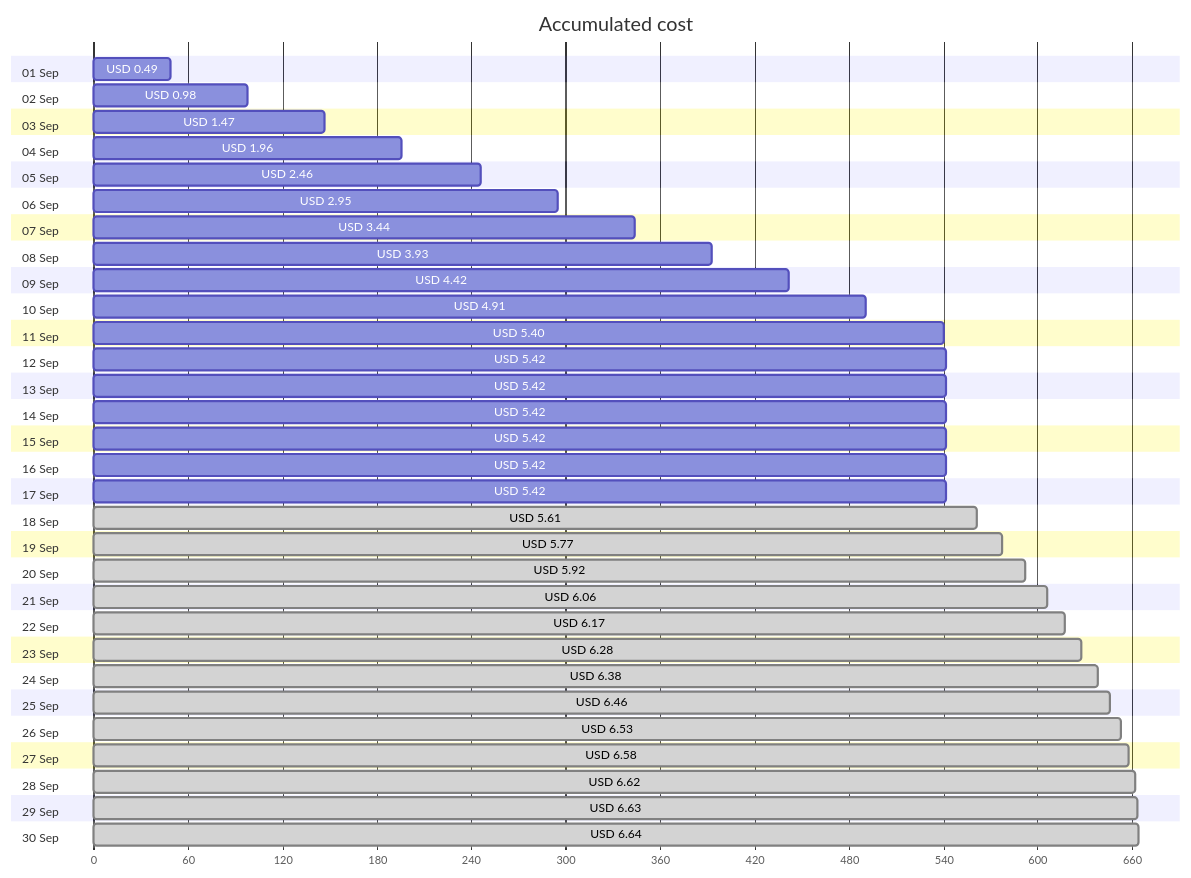
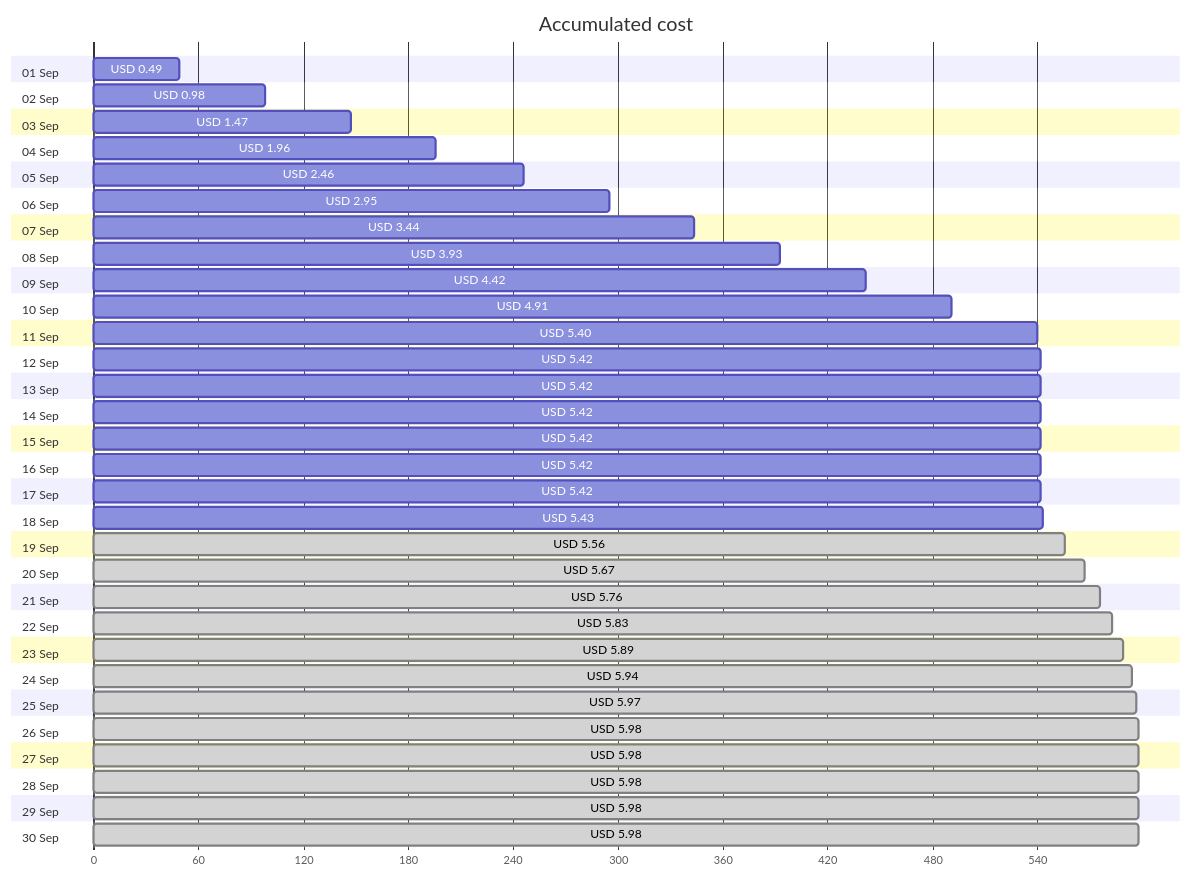
One commit to jpfulton/azure-personal-reports changed the first of 4 diagrams in cost-reports/personal-site/personalsiteapipreview.md. Above: the diagram before and after it, drawn with Mermaid. The commit also changed other lines of this file and 7 other files, not shown here.

````diff
--- a/cost-reports/personal-site/personalsiteapipreview.md
+++ b/cost-reports/personal-site/personalsiteapipreview.md
@@ -20,66 +20,66 @@
 ```mermaid
 gantt
    title Accumulated cost
    dateFormat  X
    axisFormat %s
    section 01 Sep
    USD 0.49 :0, 49
    section 02 Sep
    USD 0.98 :0, 98
    section 03 Sep
    USD 1.47 :0, 147
    section 04 Sep
    USD 1.96 :0, 196
    section 05 Sep
    USD 2.46 :0, 246
    section 06 Sep
    USD 2.95 :0, 295
    section 07 Sep
    USD 3.44 :0, 344
    section 08 Sep
    USD 3.93 :0, 393
    section 09 Sep
    USD 4.42 :0, 442
    section 10 Sep
    USD 4.91 :0, 491
    section 11 Sep
    USD 5.40 :0, 540
    section 12 Sep
    USD 5.42 :0, 542
    section 13 Sep
    USD 5.42 :0, 542
    section 14 Sep
    USD 5.42 :0, 542
    section 15 Sep
    USD 5.42 :0, 542
    section 16 Sep
    USD 5.42 :0, 542
    section 17 Sep
    USD 5.42 :0, 542
    section 18 Sep
-   USD 5.61 : done, 0, 561
+   USD 5.43 :0, 543
    section 19 Sep
-   USD 5.77 : done, 0, 577
+   USD 5.56 : done, 0, 556
    section 20 Sep
-   USD 5.92 : done, 0, 592
+   USD 5.67 : done, 0, 567
    section 21 Sep
-   USD 6.06 : done, 0, 606
+   USD 5.76 : done, 0, 576
    section 22 Sep
-   USD 6.17 : done, 0, 617
+   USD 5.83 : done, 0, 583
    section 23 Sep
-   USD 6.28 : done, 0, 628
+   USD 5.89 : done, 0, 589
    section 24 Sep
-   USD 6.38 : done, 0, 638
+   USD 5.94 : done, 0, 594
    section 25 Sep
-   USD 6.46 : done, 0, 646
+   USD 5.97 : done, 0, 597
    section 26 Sep
-   USD 6.53 : done, 0, 653
+   USD 5.98 : done, 0, 598
    section 27 Sep
-   USD 6.58 : done, 0, 658
+   USD 5.98 : done, 0, 598
    section 28 Sep
-   USD 6.62 : done, 0, 662
+   USD 5.98 : done, 0, 598
    section 29 Sep
-   USD 6.63 : done, 0, 663
+   USD 5.98 : done, 0, 598
    section 30 Sep
-   USD 6.64 : done, 0, 664
+   USD 5.98 : done, 0, 598
 ```
````
